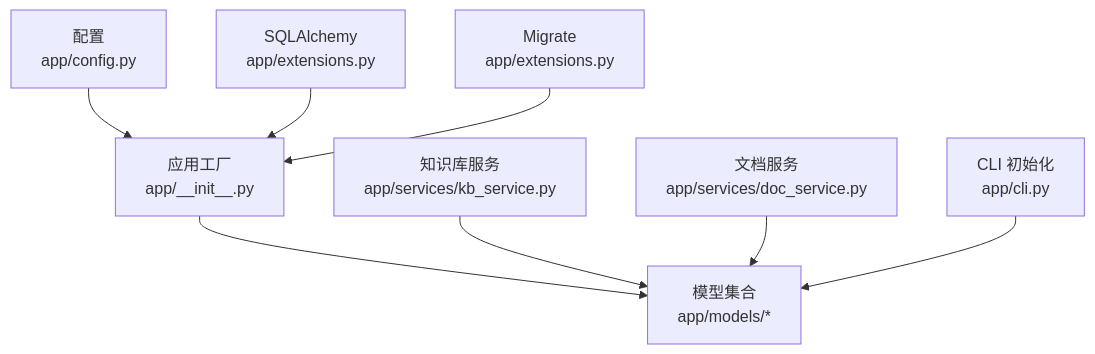
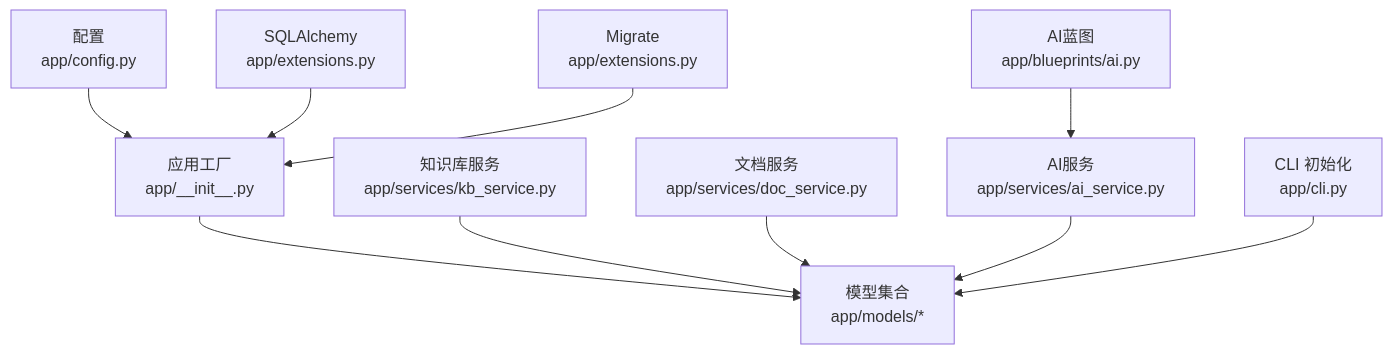
One commit to beyondalbert/my_wiki changed the second of 7 diagrams in .qoder/repowiki/zh/content/架构设计/数据持久化架构/数据持久化架构.md. Above: the diagram before and after it, drawn with Mermaid. The commit also changed other lines of this file and 10 other files, not shown here.

````diff
--- a/.qoder/repowiki/zh/content/架构设计/数据持久化架构/数据持久化架构.md
+++ b/.qoder/repowiki/zh/content/架构设计/数据持久化架构/数据持久化架构.md
@@ -96,18 +120,22 @@
 ```mermaid
 graph TB
 APP["应用工厂<br/>app/__init__.py"]
 EXT_DB["SQLAlchemy<br/>app/extensions.py"]
 EXT_MIG["Migrate<br/>app/extensions.py"]
 CFG["配置<br/>app/config.py"]
 MODELS["模型集合<br/>app/models/*"]
 SVC_KB["知识库服务<br/>app/services/kb_service.py"]
 SVC_DOC["文档服务<br/>app/services/doc_service.py"]
+SVC_AI["AI服务<br/>app/services/ai_service.py"]
+AI_BP["AI蓝图<br/>app/blueprints/ai.py"]
 CLI["CLI 初始化<br/>app/cli.py"]
 CFG --> APP
 EXT_DB --> APP
 EXT_MIG --> APP
 APP --> MODELS
 SVC_KB --> MODELS
 SVC_DOC --> MODELS
+SVC_AI --> MODELS
+AI_BP --> SVC_AI
 CLI --> MODELS
 ```
````
